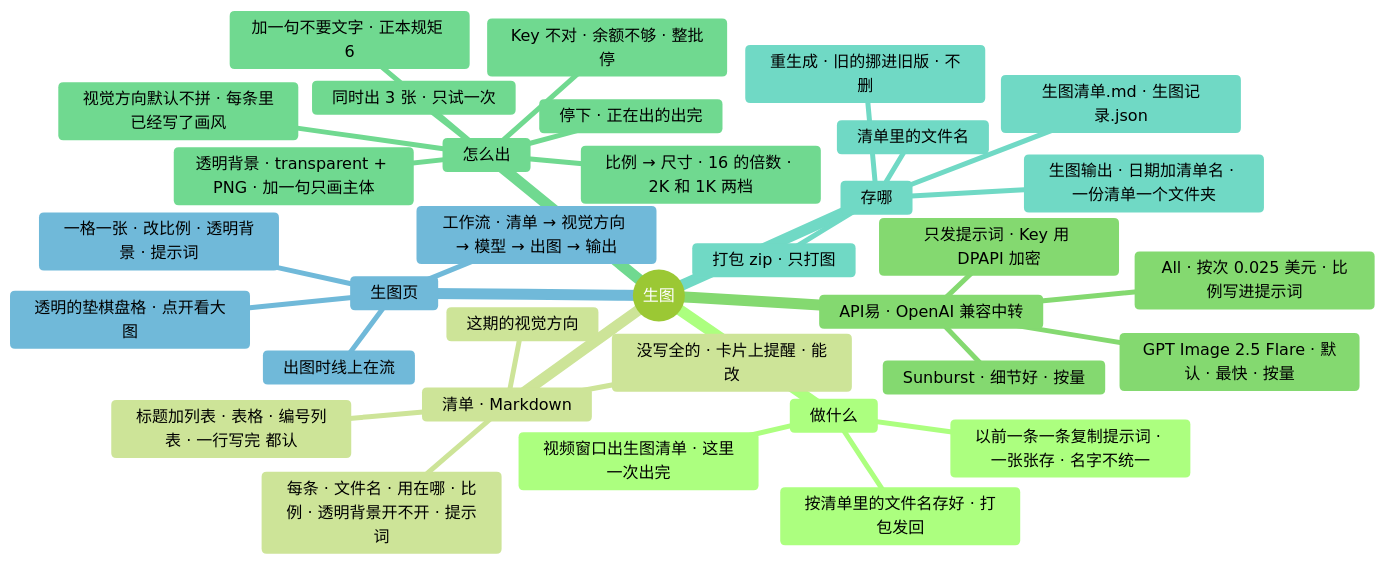
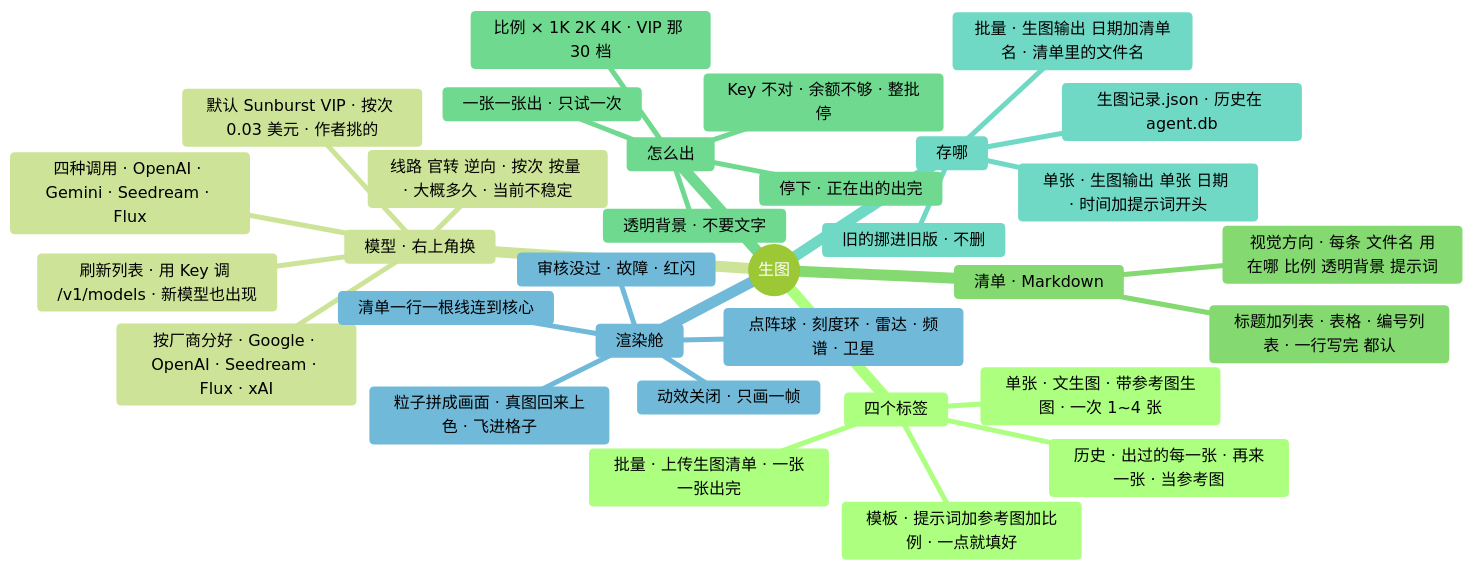
Before and after one commit to lql-076/Experiment-Agent-One: the diagram in docs/AI文档/架构/15-生图.md, drawn with Mermaid (forest theme). The commit also changed other lines of this file and 17 other files, not shown here.

First line of the commit message:
v1.8.16：生图页重做成「渲染舱」——默认 Sunburst VIP（$0.03/张），加单张（文生图、参考图生图）、历史、素材模板，右上角按厂商分好的模型列表

````diff
--- a/docs/AI文档/架构/15-生图.md
+++ b/docs/AI文档/架构/15-生图.md
@@ -9,37 +9,35 @@
 ```mermaid
 mindmap
   root((生图))
-    做什么
-      视频窗口出生图清单 · 这里一次出完
-      按清单里的文件名存好 · 打包发回
-      以前一条一条复制提示词 · 一张张存 · 名字不统一
+    四个标签
+      单张 · 文生图 · 带参考图生图 · 一次 1~4 张
+      批量 · 上传生图清单 · 一张一张出完
+      历史 · 出过的每一张 · 再来一张 · 当参考图
+      模板 · 提示词加参考图加比例 · 一点就填好
+    模型 · 右上角换
+      默认 Sunburst VIP · 按次 0.03 美元 · 作者挑的
+      按厂商分好 · Google · OpenAI · Seedream · Flux · xAI
+      线路 官转 逆向 · 按次 按量 · 大概多久 · 当前不稳定
+      刷新列表 · 用 Key 调 /v1/models · 新模型也出现
+      四种调用 · OpenAI · Gemini · Seedream · Flux
     清单 · Markdown
-      这期的视觉方向
-      每条 · 文件名 · 用在哪 · 比例 · 透明背景开不开 · 提示词
+      视觉方向 · 每条 文件名 用在哪 比例 透明背景 提示词
       标题加列表 · 表格 · 编号列表 · 一行写完 都认
-      没写全的 · 卡片上提醒 · 能改
-    API易 · OpenAI 兼容中转
-      GPT Image 2.5 Flare · 默认 · 最快 · 按量
-      Sunburst · 细节好 · 按量
-      All · 按次 0.025 美元 · 比例写进提示词
-      只发提示词 · Key 用 DPAPI 加密
     怎么出
-      比例 → 尺寸 · 16 的倍数 · 2K 和 1K 两档
-      透明背景 · transparent + PNG · 加一句只画主体
-      加一句不要文字 · 正本规矩 6
-      视觉方向默认不拼 · 每条里已经写了画风
-      同时出 3 张 · 只试一次
+      比例 × 1K 2K 4K · VIP 那 30 档
+      透明背景 · 不要文字
+      一张一张出 · 只试一次
       停下 · 正在出的出完
       Key 不对 · 余额不够 · 整批停
     存哪
-      生图输出 · 日期加清单名 · 一份清单一个文件夹
-      清单里的文件名
-      重生成 · 旧的挪进旧版 · 不删
-      生图清单.md · 生图记录.json
-      打包 zip · 只打图
-    生图页
-      工作流 · 清单 → 视觉方向 → 模型 → 出图 → 输出
-      出图时线上在流
-      一格一张 · 改比例 · 透明背景 · 提示词
-      透明的垫棋盘格 · 点开看大图
+      批量 · 生图输出 日期加清单名 · 清单里的文件名
+      单张 · 生图输出 单张 日期 · 时间加提示词开头
+      旧的挪进旧版 · 不删
+      生图记录.json · 历史在 agent.db
+    渲染舱
+      点阵球 · 刻度环 · 雷达 · 频谱 · 卫星
+      清单一行一根线连到核心
+      粒子拼成画面 · 真图回来上色 · 飞进格子
+      审核没过 · 故障 · 红闪
+      动效关闭 · 只画一帧
 ```
````
